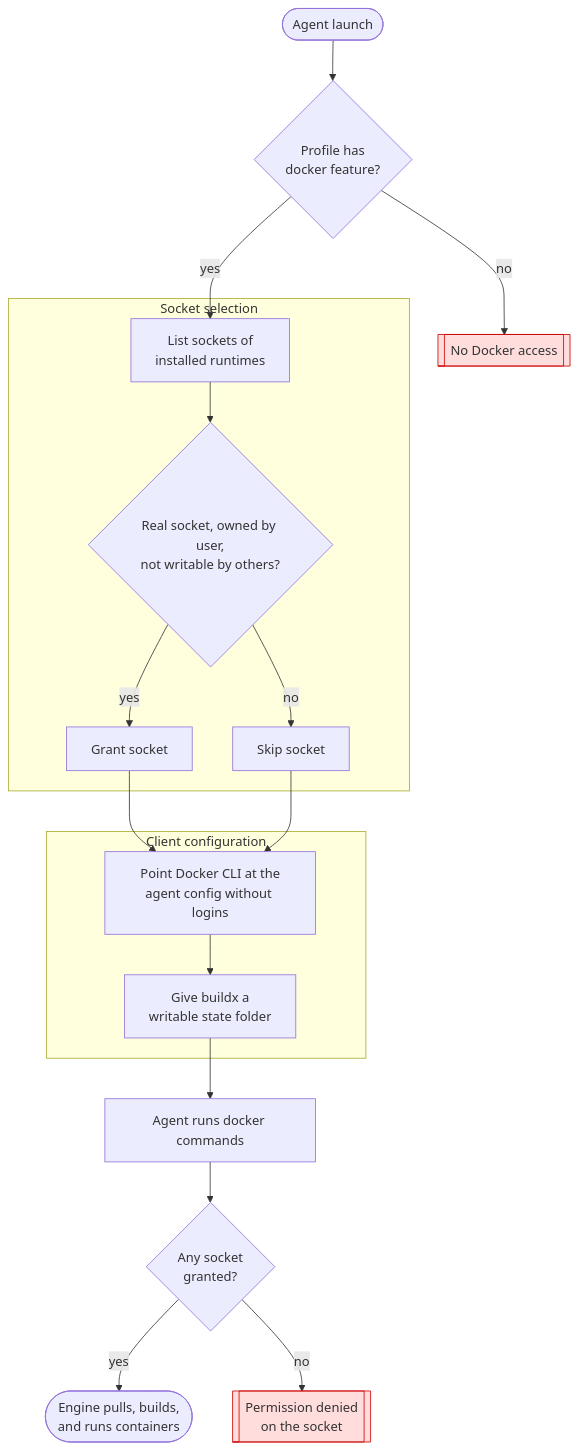
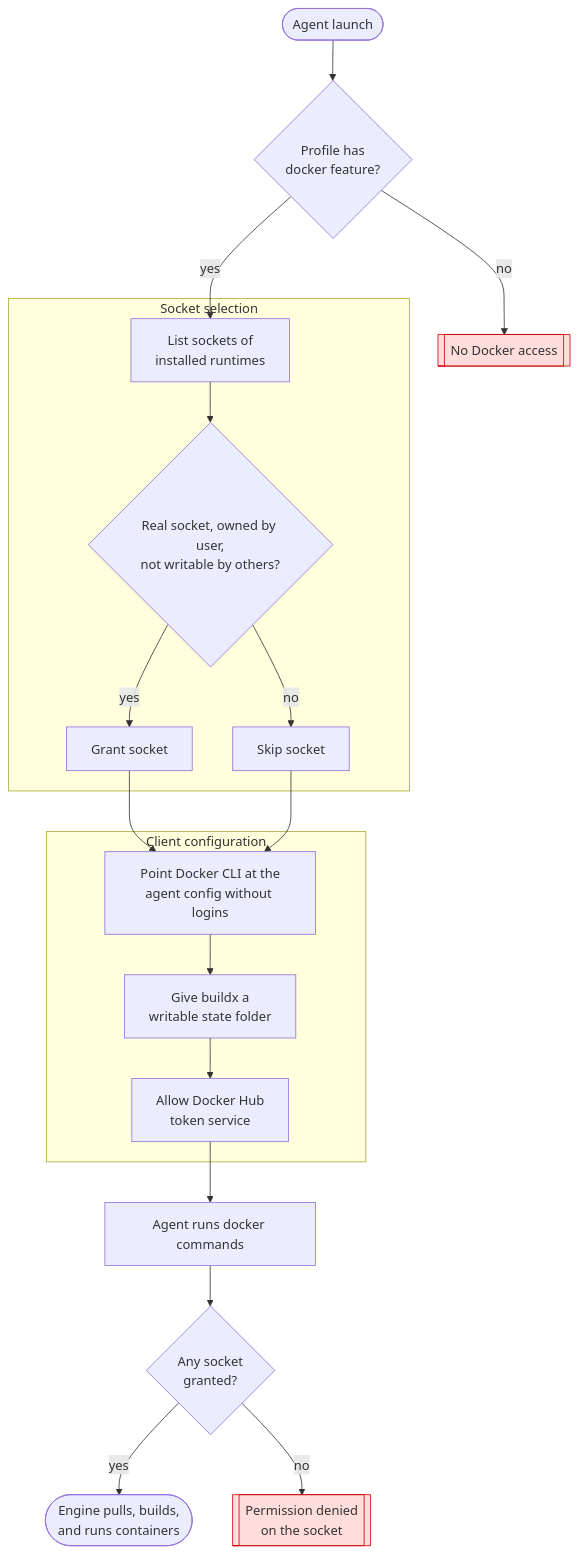
Before and after one commit to MrPointer/dotfiles: the diagram in docs/dotfiles/processes/agent-docker-access.md, drawn with Mermaid. The commit also changed other lines of this file and 2 other files, not shown here.

First line of the commit message:
allow Docker Hub tokens for Docker-enabled agent profiles

````diff
--- a/docs/dotfiles/processes/agent-docker-access.md
+++ b/docs/dotfiles/processes/agent-docker-access.md
@@ -21,27 +21,28 @@
 ```mermaid
 flowchart TD
     start([Agent launch]) --> feature{Profile has<br>docker feature?}
     feature -- no --> nodocker[[No Docker access]]
     feature -- yes --> runtimes
 
     subgraph sockets [Socket selection]
         runtimes[List sockets of<br>installed runtimes] --> trusted{Real socket, owned by user,<br>not writable by others?}
         trusted -- yes --> grant[Grant socket]
         trusted -- no --> skip[Skip socket]
     end
 
     grant --> config
     skip --> config
 
     subgraph client [Client configuration]
         config[Point Docker CLI at the<br>agent config without logins] --> buildx[Give buildx a<br>writable state folder]
+        buildx --> hub[Allow Docker Hub<br>token service]
     end
 
-    buildx --> run[Agent runs docker commands]
+    hub --> run[Agent runs docker commands]
     run --> granted{Any socket<br>granted?}
     granted -- yes --> engine([Engine pulls, builds,<br>and runs containers])
     granted -- no --> denied[[Permission denied<br>on the socket]]
 
     classDef error fill:#fdd,stroke:#c00
     class nodocker,denied error
 ```
````
